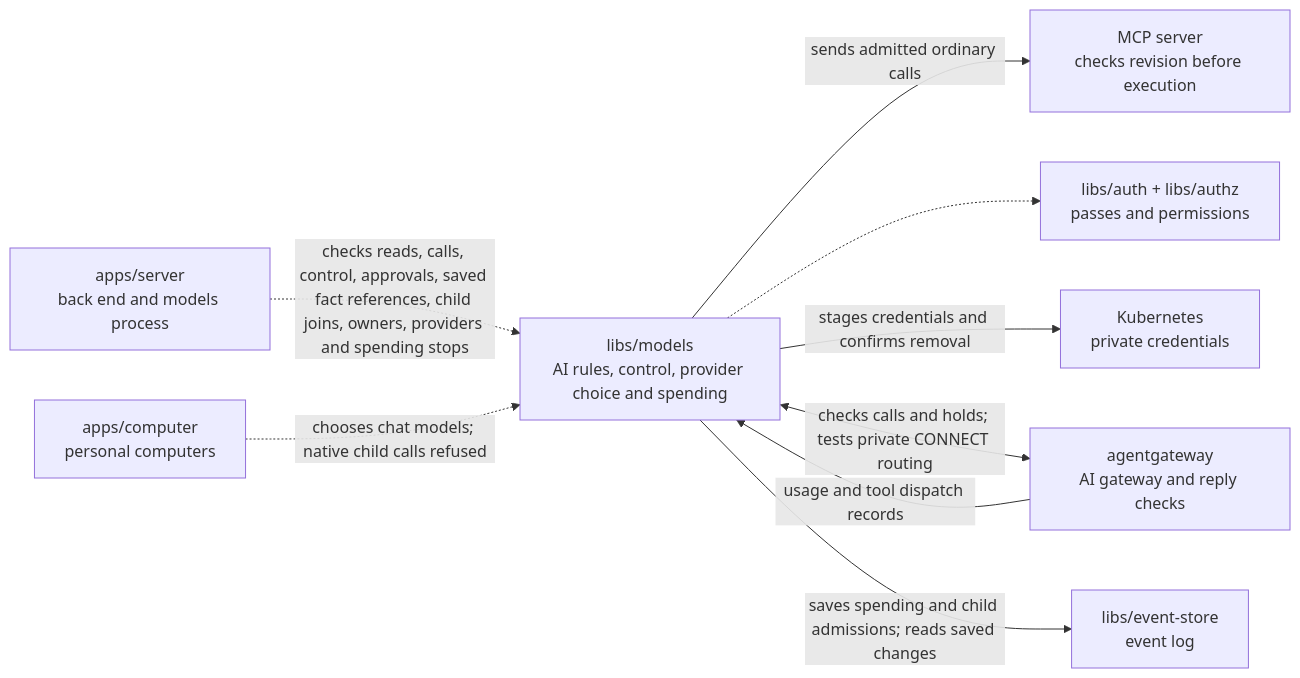
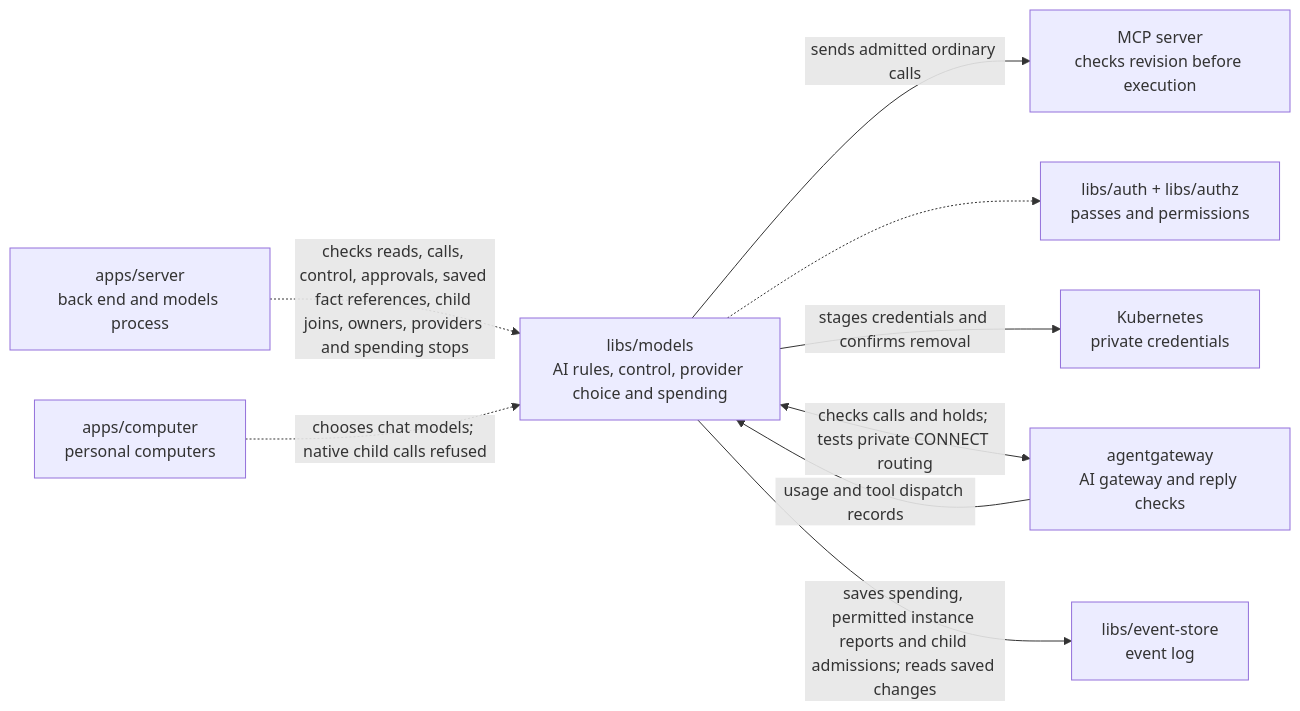
The diagram in libs/models/README.md (elewa-git/opencrane-new), drawn with Mermaid before and after one commit. The commit also changed other lines of this file and 29 other files, not shown here.

````diff
--- a/libs/models/README.md
+++ b/libs/models/README.md
@@ -14,11 +14,11 @@
 ```mermaid
 flowchart LR
   server["apps/server<br/>back end and models process"] -.->|checks reads, calls, control, approvals, saved fact references, child joins, owners, providers and spending stops| models["libs/models<br/>AI rules, control, provider choice and spending"]
   models -->|sends admitted ordinary calls| mcp["MCP server<br/>checks revision before execution"]
   computer["apps/computer<br/>personal computers"] -.->|chooses chat models; native child calls refused| models
   models -.-> auth["libs/auth + libs/authz<br/>passes and permissions"]
   models -->|stages credentials and confirms removal| custody["Kubernetes<br/>private credentials"]
   models <-->|checks calls and holds; tests private CONNECT routing| gateway["agentgateway<br/>AI gateway and reply checks"]
   gateway -->|usage and tool dispatch records| models
-  models -->|saves spending and child admissions; reads saved changes| store["libs/event-store<br/>event log"]
+  models -->|saves spending, permitted instance reports and child admissions; reads saved changes| store["libs/event-store<br/>event log"]
 ```
````
